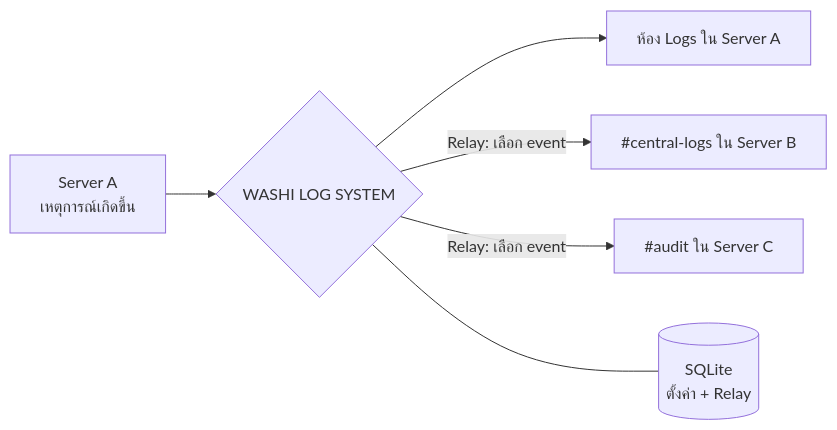
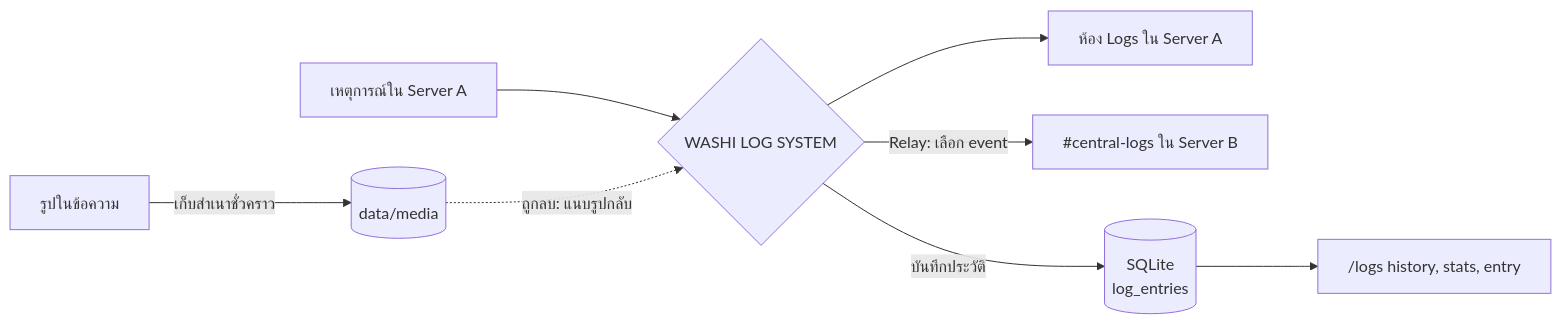
Before and after one commit to washixye-ctrl/Log-Bot: the diagram in README.md, drawn with Mermaid. The commit also changed other lines of this file and 7 other files, not shown here.

````diff
--- a/README.md
+++ b/README.md
@@ -43,8 +48,10 @@
 ```mermaid
 flowchart LR
-    A[Server A<br/>เหตุการณ์เกิดขึ้น] --> B{WASHI LOG SYSTEM}
-    B --> C[ห้อง Logs ใน Server A]
-    B -->|Relay: เลือก event| D[#central-logs ใน Server B]
-    B -->|Relay: เลือก event| E[#audit ใน Server C]
-    B --- F[(SQLite<br/>ตั้งค่า + Relay)]
+    A[เหตุการณ์ใน Server A] --> B{WASHI LOG SYSTEM}
+    M[รูปในข้อความ] -->|เก็บสำเนาชั่วคราว| C[(data/media)]
+    C -.->|ถูกลบ: แนบรูปกลับ| B
+    B --> D[ห้อง Logs ใน Server A]
+    B -->|Relay: เลือก event| E[#central-logs ใน Server B]
+    B -->|บันทึกประวัติ| F[(SQLite<br/>log_entries)]
+    F --> G["/logs history, stats, entry"]
 ```
````
